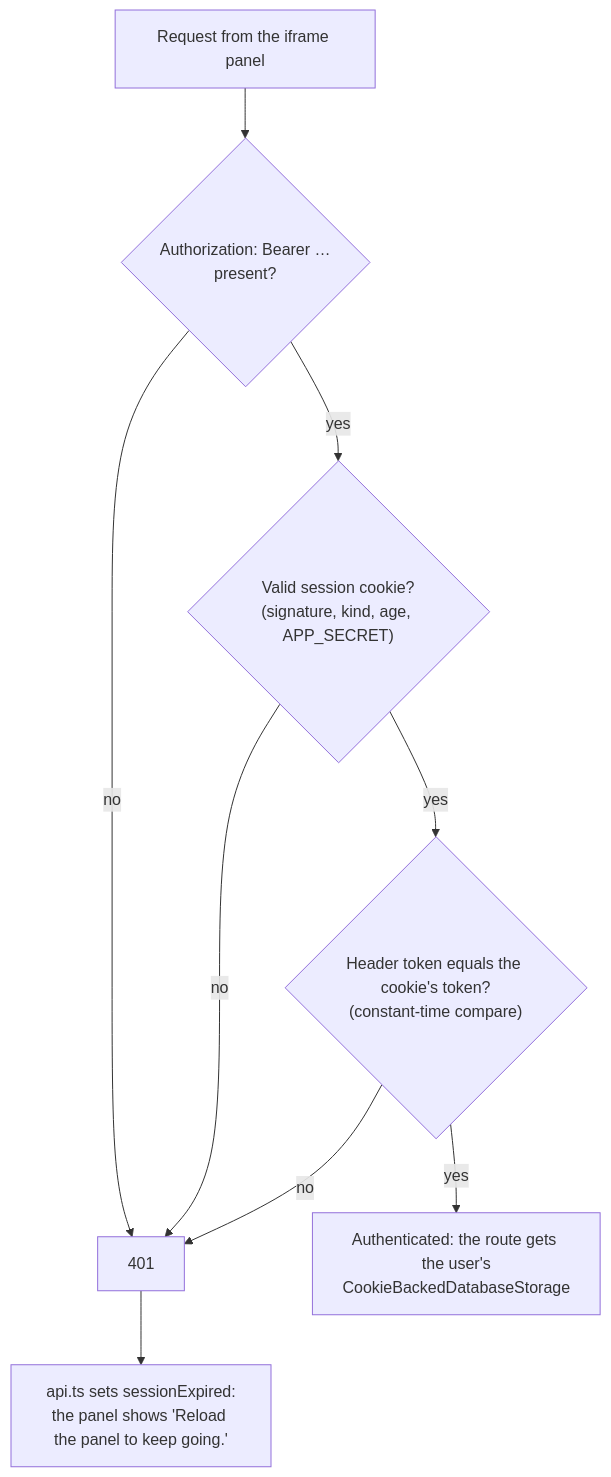
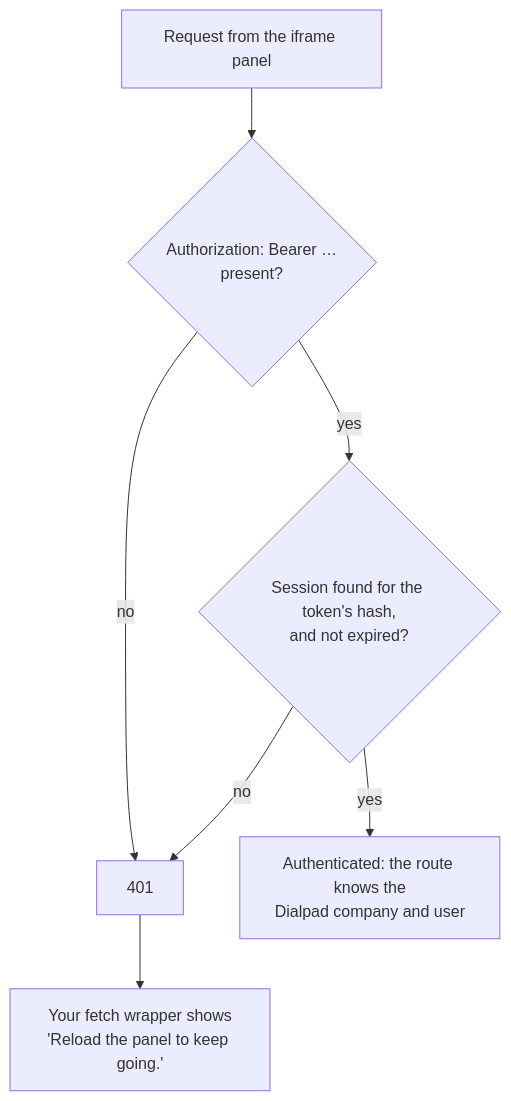
Before and after one commit to dialpad/sample-dialapp-external: the fourth of 12 diagrams in FLOWS.md, drawn with Mermaid. The commit also changed other lines of this file and 2 other files, not shown here.

Commit message:
NO-JIRA: Rewrite FLOWS.md for a real partner app, add server-to-server and webhook flows (docs)

````diff
--- a/FLOWS.md
+++ b/FLOWS.md
@@ -170,11 +140,9 @@
 ```mermaid
 flowchart TD
   R["Request from the iframe panel"] --> A{"Authorization: Bearer …<br/>present?"}
   A -- no --> X["401"]
-  A -- yes --> C{"Valid session cookie?<br/>(signature, kind, age, APP_SECRET)"}
-  C -- no --> X
-  C -- yes --> M{"Header token equals the cookie's token?<br/>(constant-time compare)"}
-  M -- no --> X
-  M -- yes --> OK["Authenticated: the route gets the user's<br/>CookieBackedDatabaseStorage"]
-  X --> N["api.ts sets sessionExpired:<br/>the panel shows 'Reload the panel to keep going.'"]
+  A -- yes --> L{"Session found for the token's hash,<br/>and not expired?"}
+  L -- no --> X
+  L -- yes --> OK["Authenticated: the route knows the<br/>Dialpad company and user"]
+  X --> N["Your fetch wrapper shows<br/>'Reload the panel to keep going.'"]
 ```
````
